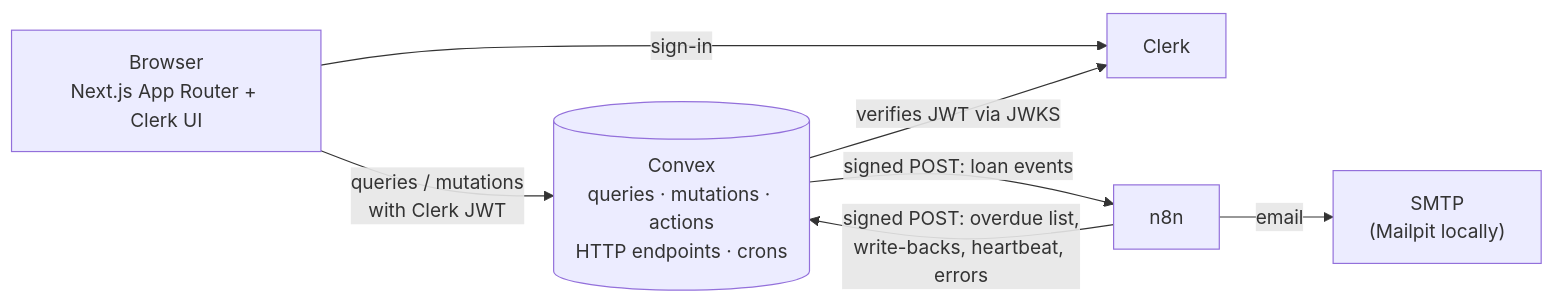
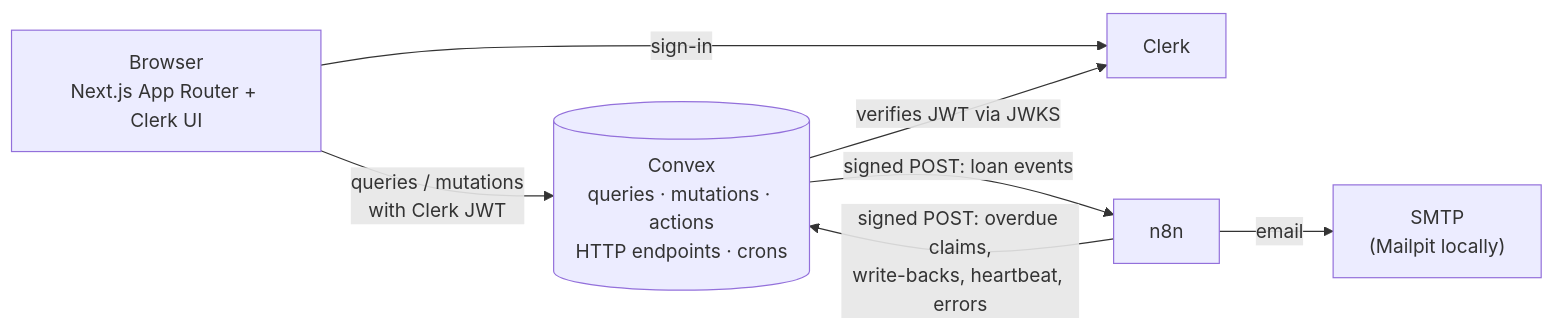
Before and after one commit to StarfallV/fluenceinternational-lendloop: the first of 4 diagrams in docs/architecture.md, drawn with Mermaid. The commit also changed other lines of this file and 10 other files, not shown here.

````diff
--- a/docs/architecture.md
+++ b/docs/architecture.md
@@ -30,15 +33,15 @@
 ```mermaid
 flowchart LR
   B["Browser<br/>Next.js App Router + Clerk UI"]
   K["Clerk"]
   C[("Convex<br/>queries · mutations · actions<br/>HTTP endpoints · crons")]
   N["n8n"]
   M["SMTP<br/>(Mailpit locally)"]
 
   B -- "sign-in" --> K
   B -- "queries / mutations<br/>with Clerk JWT" --> C
   C -- "verifies JWT via JWKS" --> K
   C -- "signed POST: loan events" --> N
-  N -- "signed POST: overdue list,<br/>write-backs, heartbeat, errors" --> C
+  N -- "signed POST: overdue claims,<br/>write-backs, heartbeat, errors" --> C
   N -- "email" --> M
 ```
````
